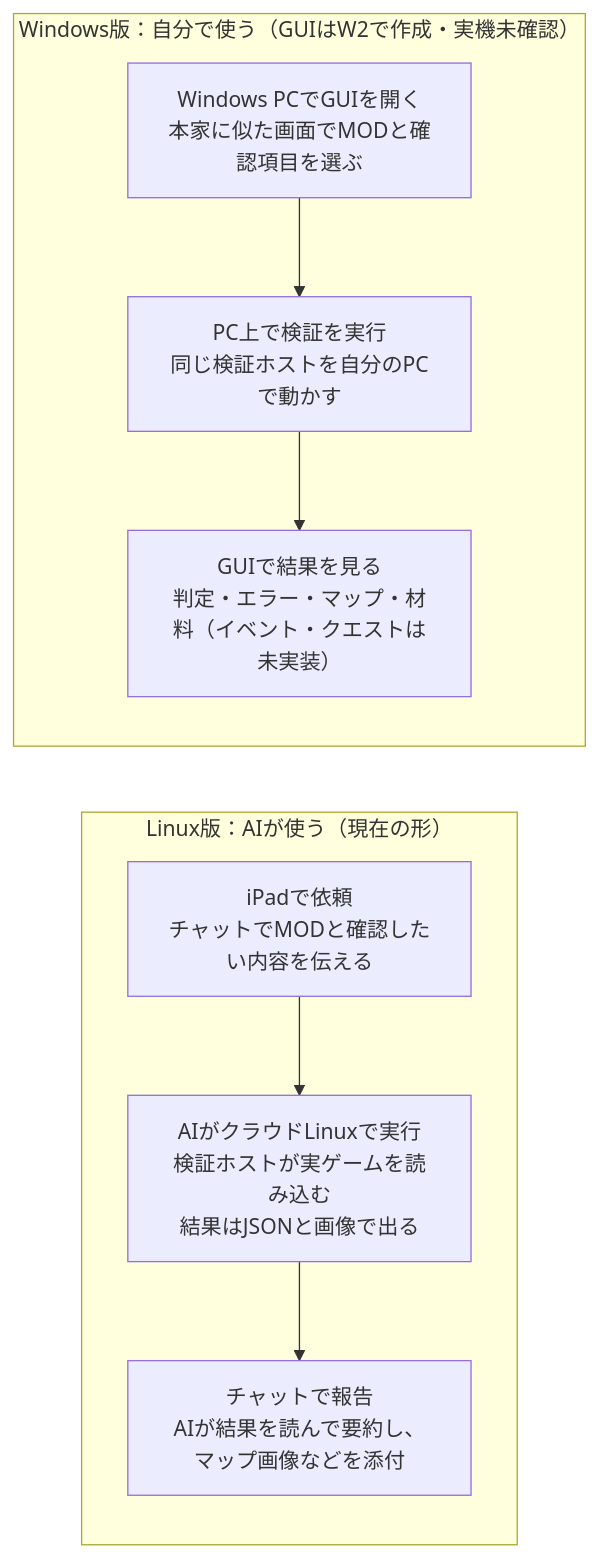
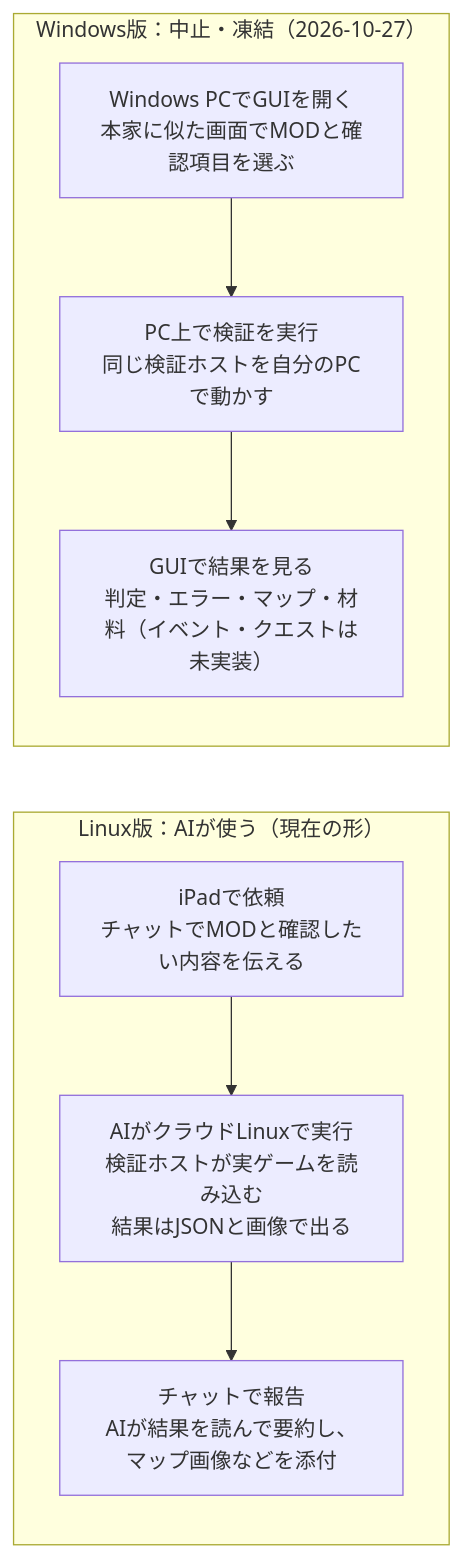
The diagram in docs/roadmap/finished-product.md (pengin0503/RimWorld-for-mod-test), drawn with Mermaid before and after one commit. The commit also changed other lines of this file and 7 other files, not shown here.

````diff
--- a/docs/roadmap/finished-product.md
+++ b/docs/roadmap/finished-product.md
@@ -17,9 +17,9 @@
 ```mermaid
 flowchart LR
   subgraph linux["Linux版：AIが使う（現在の形）"]
     A1["iPadで依頼<br/>チャットでMODと確認したい内容を伝える"] --> A2["AIがクラウドLinuxで実行<br/>検証ホストが実ゲームを読み込む<br/>結果はJSONと画像で出る"] --> A3["チャットで報告<br/>AIが結果を読んで要約し、マップ画像などを添付"]
   end
-  subgraph windows["Windows版：自分で使う（GUIはW2で作成・実機未確認）"]
+  subgraph windows["Windows版：中止・凍結（2026-10-27）"]
     B1["Windows PCでGUIを開く<br/>本家に似た画面でMODと確認項目を選ぶ"] --> B2["PC上で検証を実行<br/>同じ検証ホストを自分のPCで動かす"] --> B3["GUIで結果を見る<br/>判定・エラー・マップ・材料（イベント・クエストは未実装）"]
   end
 ```
````
